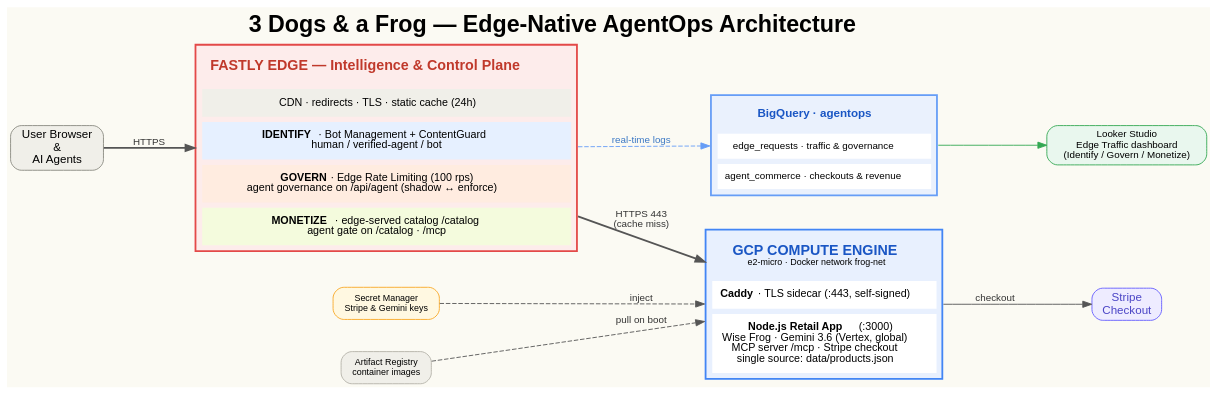
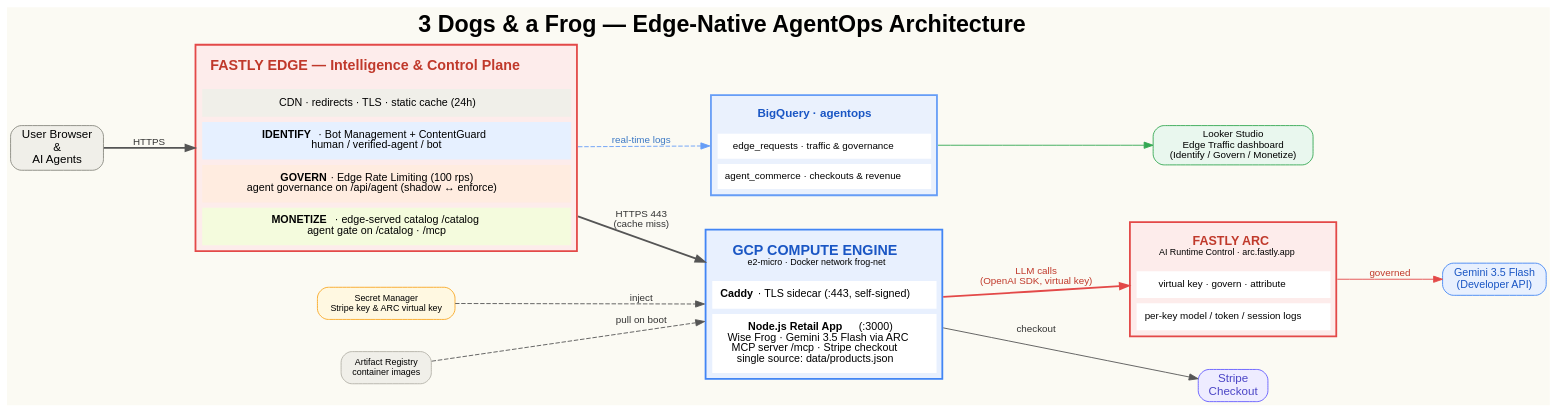
One commit to dctheobald/three-dogs-and-a-frog changed the diagram in docs/architecture.dot. Above: the diagram before and after it, drawn with Graphviz. The commit also changed 3 other files, not shown here.

Commit message:
docs: ARC integration — Wise Frog via ARC, updated runbook + architecture diagram

```diff
--- a/docs/architecture.dot
+++ b/docs/architecture.dot
@@ -1,42 +1,53 @@
 digraph arch {
   rankdir=LR; bgcolor="#fbfaf3"; fontname="Helvetica"; nodesep=0.5; ranksep=0.9;
   labelloc="t"; label=<<FONT POINT-SIZE="26"><B>3 Dogs &amp; a Frog &#8212; Edge-Native AgentOps Architecture</B></FONT>>;
   node [fontname="Helvetica"]; edge [fontname="Helvetica", fontsize=11, color="#555555", fontcolor="#333333"];
 
   user [shape=box, style="rounded,filled", fillcolor="#f0efe9", color="#8a8a80", fontsize=13, label="User Browser\n&\nAI Agents"];
 
   fastly [shape=none, margin=0, label=<
   <TABLE BORDER="2" CELLBORDER="0" CELLSPACING="6" CELLPADDING="9" BGCOLOR="#fdeceb" COLOR="#e34948">
     <TR><TD><B><FONT COLOR="#c0392b" POINT-SIZE="16">FASTLY EDGE &#8212; Intelligence &amp; Control Plane</FONT></B></TD></TR>
     <TR><TD BGCOLOR="#f0efe9"><FONT POINT-SIZE="12">CDN &#183; redirects &#183; TLS &#183; static cache (24h)</FONT></TD></TR>
     <TR><TD BGCOLOR="#e6f0ff"><FONT POINT-SIZE="12"><B>IDENTIFY</B> &#183; Bot Management + ContentGuard<BR/>human / verified-agent / bot</FONT></TD></TR>
     <TR><TD BGCOLOR="#ffece0"><FONT POINT-SIZE="12"><B>GOVERN</B> &#183; Edge Rate Limiting (100 rps)<BR/>agent governance on /api/agent (shadow &#8596; enforce)</FONT></TD></TR>
     <TR><TD BGCOLOR="#f4fbdd"><FONT POINT-SIZE="12"><B>MONETIZE</B> &#183; edge-served catalog /catalog<BR/>agent gate on /catalog &#183; /mcp</FONT></TD></TR>
   </TABLE>>];
 
   gcp [shape=none, margin=0, label=<
   <TABLE BORDER="2" CELLBORDER="0" CELLSPACING="6" CELLPADDING="9" BGCOLOR="#e8f0fe" COLOR="#4285F4">
     <TR><TD><B><FONT COLOR="#1a56c4" POINT-SIZE="16">GCP COMPUTE ENGINE</FONT></B><BR/><FONT POINT-SIZE="10">e2-micro &#183; Docker network frog-net</FONT></TD></TR>
     <TR><TD BGCOLOR="white"><FONT POINT-SIZE="12"><B>Caddy</B> &#183; TLS sidecar (:443, self-signed)</FONT></TD></TR>
-    <TR><TD BGCOLOR="white"><FONT POINT-SIZE="12"><B>Node.js Retail App</B> (:3000)<BR/>Wise Frog &#183; Gemini 3.6 (Vertex, global)<BR/>MCP server /mcp &#183; Stripe checkout<BR/>single source: data/products.json</FONT></TD></TR>
+    <TR><TD BGCOLOR="white"><FONT POINT-SIZE="12"><B>Node.js Retail App</B> (:3000)<BR/>Wise Frog &#183; Gemini 3.5 Flash via ARC<BR/>MCP server /mcp &#183; Stripe checkout<BR/>single source: data/products.json</FONT></TD></TR>
   </TABLE>>];
+
+  arc [shape=none, margin=0, label=<
+  <TABLE BORDER="2" CELLBORDER="0" CELLSPACING="6" CELLPADDING="9" BGCOLOR="#fdeceb" COLOR="#e34948">
+    <TR><TD><B><FONT COLOR="#c0392b" POINT-SIZE="14">FASTLY ARC</FONT></B><BR/><FONT POINT-SIZE="10">AI Runtime Control &#183; arc.fastly.app</FONT></TD></TR>
+    <TR><TD BGCOLOR="white"><FONT POINT-SIZE="11">virtual key &#183; govern &#183; attribute</FONT></TD></TR>
+    <TR><TD BGCOLOR="white"><FONT POINT-SIZE="11">per-key model / token / session logs</FONT></TD></TR>
+  </TABLE>>];
+
+  gemini [shape=box, style="rounded,filled", fillcolor="#e8f0fe", color="#4285F4", fontcolor="#1a56c4", fontsize=12, label="Gemini 3.5 Flash\n(Developer API)"];
 
   stripe [shape=box, style="rounded,filled", fillcolor="#eeecff", color="#635bff", fontcolor="#4b45c6", fontsize=13, label="Stripe\nCheckout"];
   bq [shape=none, margin=0, label=<
   <TABLE BORDER="2" CELLBORDER="0" CELLSPACING="6" CELLPADDING="8" BGCOLOR="#eaf1fd" COLOR="#669df6">
     <TR><TD><B><FONT COLOR="#1a56c4" POINT-SIZE="13">BigQuery &#183; agentops</FONT></B></TD></TR>
     <TR><TD BGCOLOR="white"><FONT POINT-SIZE="11">edge_requests &#183; traffic &amp; governance</FONT></TD></TR>
     <TR><TD BGCOLOR="white"><FONT POINT-SIZE="11">agent_commerce &#183; checkouts &amp; revenue</FONT></TD></TR>
   </TABLE>>];
   looker [shape=box, style="rounded,filled", fillcolor="#e9f7ee", color="#34a853", fontsize=11, label="Looker Studio\nEdge Traffic dashboard\n(Identify / Govern / Monetize)"];
-  secret [shape=box, style="rounded,filled", fillcolor="#fff8e1", color="#f9a825", fontsize=10, label="Secret Manager\nStripe & Gemini keys"];
+  secret [shape=box, style="rounded,filled", fillcolor="#fff8e1", color="#f9a825", fontsize=10, label="Secret Manager\nStripe key & ARC virtual key"];
   registry [shape=box, style="rounded,filled", fillcolor="#f0efe9", color="#b4b2a9", fontsize=10, label="Artifact Registry\ncontainer images"];
 
   user -> fastly [label="HTTPS", penwidth=2];
   fastly -> gcp [label="HTTPS 443\n(cache miss)", penwidth=2];
+  gcp -> arc [label="LLM calls\n(OpenAI SDK, virtual key)", color="#e34948", fontcolor="#c0392b", penwidth=2];
+  arc -> gemini [label="governed", color="#e34948", fontcolor="#c0392b"];
   gcp -> stripe [label="checkout"];
   fastly -> bq [label="real-time logs", style=dashed, color="#669df6", fontcolor="#3b78c4"];
   bq -> looker [color="#34a853"];
   secret -> gcp [label="inject", style=dashed];
   registry -> gcp [label="pull on boot", style=dashed];
 }
```
